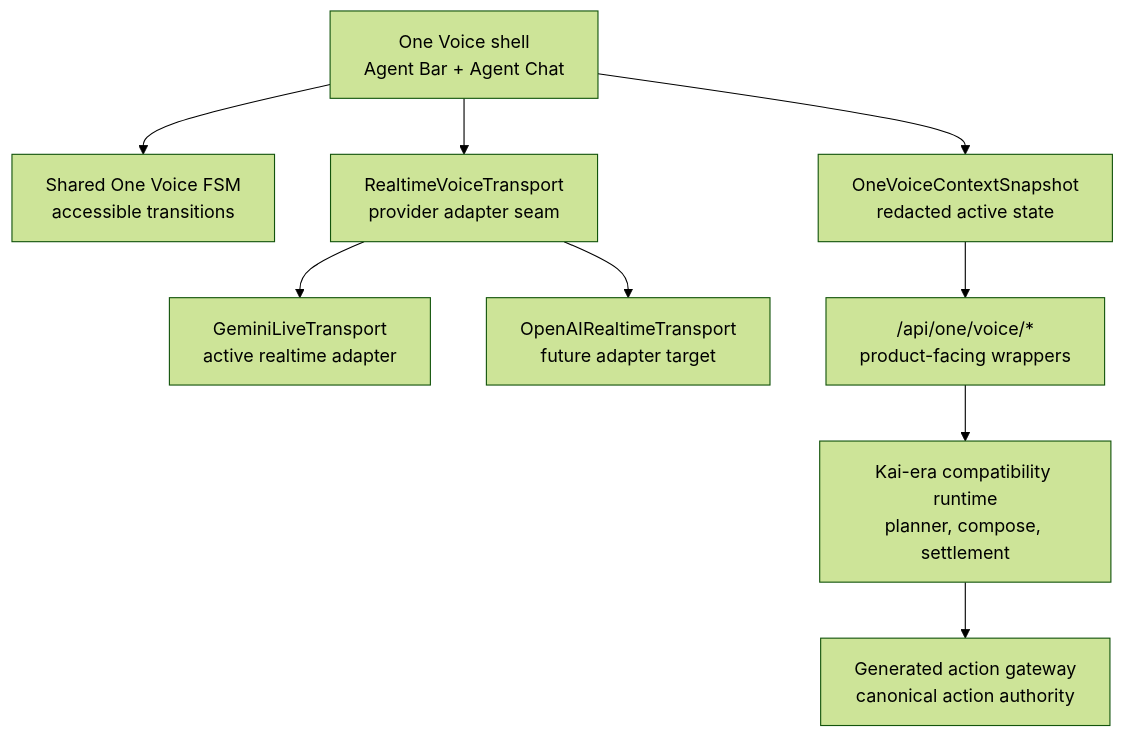
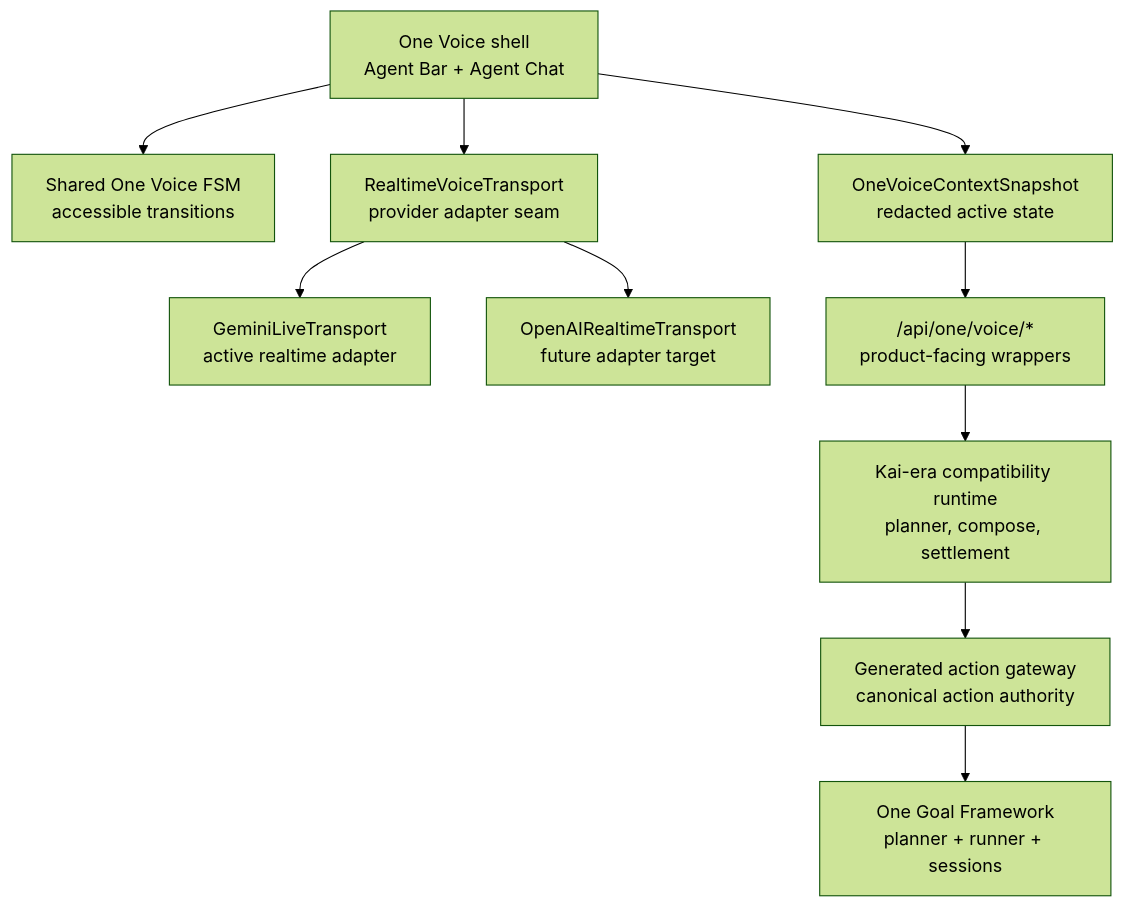
The diagram in docs/reference/one/one-voice-runtime-architecture.md (hushh-labs/hushh-research), drawn with Mermaid (forest theme) before and after one commit. The commit also changed other lines of this file and 120 other files, not shown here.

````diff
--- a/docs/reference/one/one-voice-runtime-architecture.md
+++ b/docs/reference/one/one-voice-runtime-architecture.md
@@ -7,21 +7,23 @@
 ```mermaid
 flowchart TD
   shell["One Voice shell<br/>Agent Bar + Agent Chat"]
   fsm["Shared One Voice FSM<br/>accessible transitions"]
   context["OneVoiceContextSnapshot<br/>redacted active state"]
   transport["RealtimeVoiceTransport<br/>provider adapter seam"]
   gemini["GeminiLiveTransport<br/>active realtime adapter"]
   openai["OpenAIRealtimeTransport<br/>future adapter target"]
   gateway["Generated action gateway<br/>canonical action authority"]
+  goal["One Goal Framework<br/>planner + runner + sessions"]
   kai["Kai-era compatibility runtime<br/>planner, compose, settlement"]
   oneapi["/api/one/voice/*<br/>product-facing wrappers"]
 
   shell --> fsm
   shell --> context
   shell --> transport
   transport --> gemini
   transport --> openai
   context --> oneapi
   oneapi --> kai
   kai --> gateway
+  gateway --> goal
 ```
````
